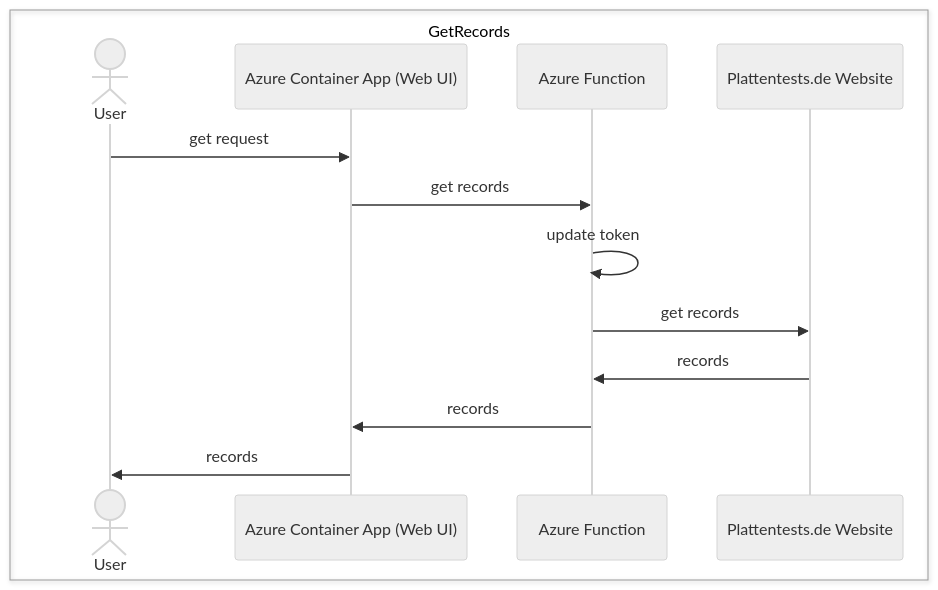
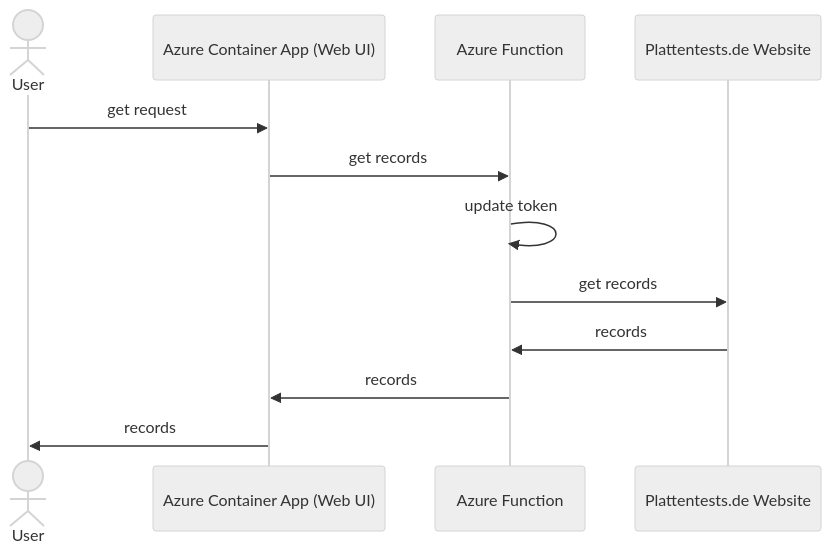
Before and after one commit to jetzlstorfer/plattentests-go: the first of 2 diagrams in README.md, drawn with Mermaid (neutral theme). The commit also changed other lines of this file, not shown here.

Commit message:
first version of sequence diagram

````diff
--- a/README.md
+++ b/README.md
@@ -24,19 +24,17 @@
 ```mermaid
 
 sequenceDiagram
-    box GetRecords
     actor User
     participant ACA as Azure Container App (Web UI)
     participant Function as Azure Function
     participant Plattentests as Plattentests.de Website
-    end
 
     User->>ACA: get request
     ACA->>Function: get records
     Function->>Function: update token
     Function->>Plattentests: get records
     Plattentests->>Function: records
     Function->>ACA: records
     ACA->>User: records
     
 ```
````
